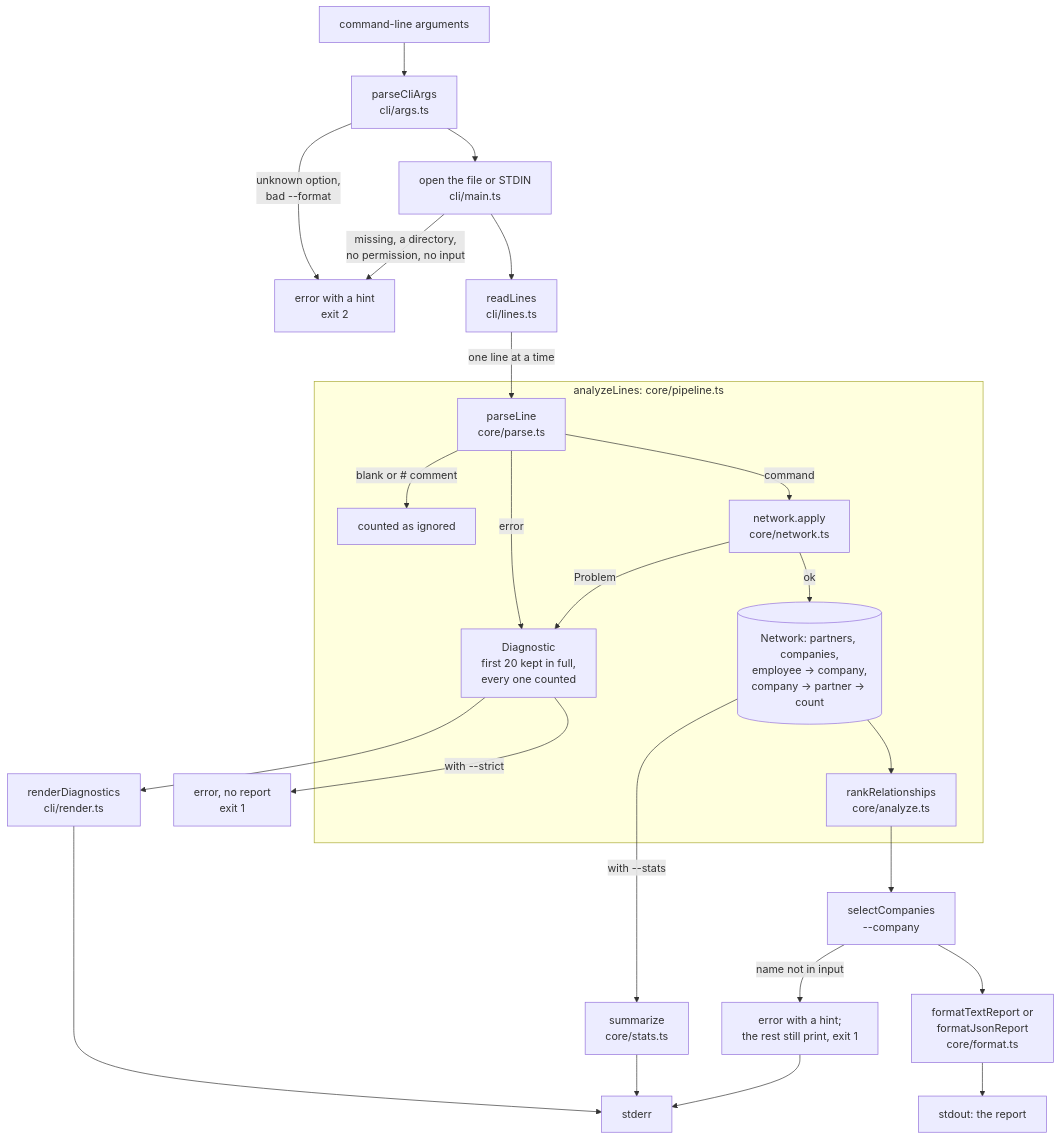
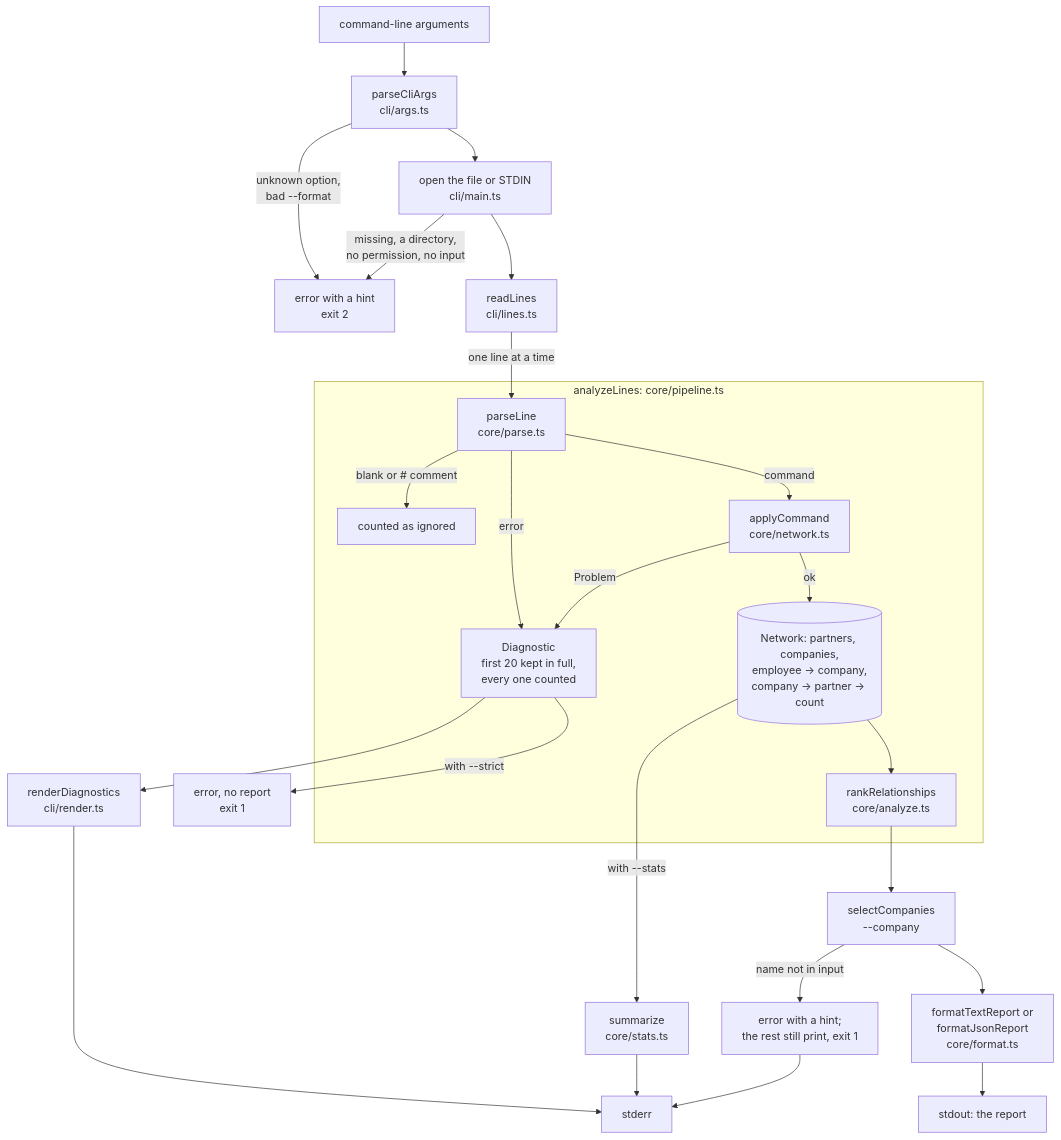
One commit to CMSOTO2/drive-capital-network changed the second of 3 diagrams in ARCHITECTURE.md. Above: the diagram before and after it, drawn with Mermaid. The commit also changed other lines of this file and 9 other files, not shown here.

````diff
--- a/ARCHITECTURE.md
+++ b/ARCHITECTURE.md
@@ -57,30 +57,30 @@
 ```mermaid
 flowchart TD
   argv["command-line arguments"] --> args["parseCliArgs<br/>cli/args.ts"]
   args -->|unknown option,<br/>bad --format| usage["error with a hint<br/>exit 2"]
   args --> open["open the file or STDIN<br/>cli/main.ts"]
   open -->|missing, a directory,<br/>no permission, no input| usage
   open --> lines["readLines<br/>cli/lines.ts"]
   lines -->|one line at a time| parse
 
   subgraph pipeline["analyzeLines: core/pipeline.ts"]
     parse["parseLine<br/>core/parse.ts"]
     parse -->|blank or # comment| ignored["counted as ignored"]
     parse -->|error| diagnostic["Diagnostic<br/>first 20 kept in full,<br/>every one counted"]
-    parse -->|command| apply["network.apply<br/>core/network.ts"]
+    parse -->|command| apply["applyCommand<br/>core/network.ts"]
     apply -->|Problem| diagnostic
     apply -->|ok| model[("Network: partners, companies,<br/>employee → company,<br/>company → partner → count")]
     model --> rank["rankRelationships<br/>core/analyze.ts"]
   end
 
   diagnostic -->|with --strict| stop["error, no report<br/>exit 1"]
   diagnostic --> render["renderDiagnostics<br/>cli/render.ts"]
   model -->|with --stats| stats["summarize<br/>core/stats.ts"]
   rank --> select["selectCompanies<br/>--company"]
   select -->|name not in input| missing["error with a hint;<br/>the rest still print, exit 1"]
   select --> format["formatTextReport or<br/>formatJsonReport<br/>core/format.ts"]
   format --> stdout["stdout: the report"]
   render --> stderr["stderr"]
   stats --> stderr
   missing --> stderr
 ```
````
